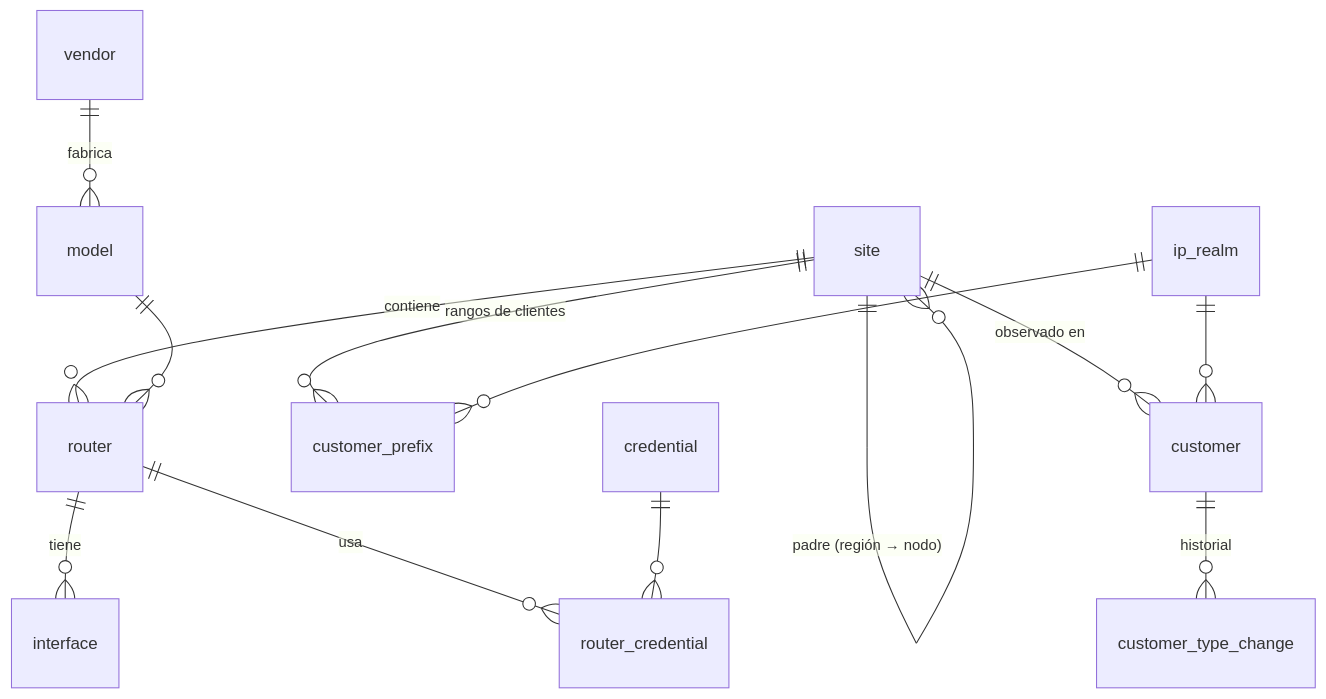
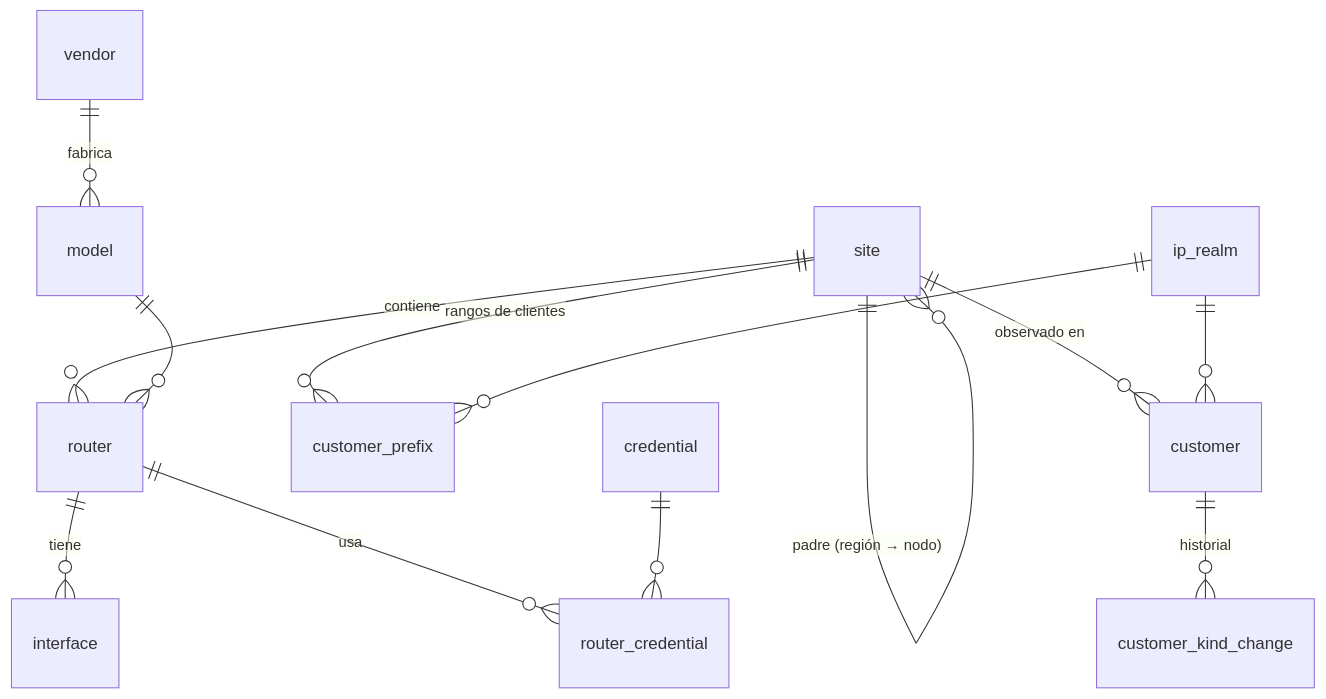
One commit to HCDestroyer/horus-flow changed the second of 4 diagrams in docs/database.md. Above: the diagram before and after it, drawn with Mermaid. The commit also changed other lines of this file and 14 other files, not shown here.

````diff
--- a/docs/database.md
+++ b/docs/database.md
@@ -204,15 +204,15 @@
 ```mermaid
 erDiagram
   site ||--o{ site : "padre (región → nodo)"
   site ||--o{ router : contiene
   site ||--o{ customer_prefix : "rangos de clientes"
   site ||--o{ customer : "observado en"
   vendor ||--o{ model : fabrica
   model ||--o{ router : ""
   router ||--o{ interface : tiene
   router ||--o{ router_credential : usa
   credential ||--o{ router_credential : ""
   ip_realm ||--o{ customer_prefix : ""
   ip_realm ||--o{ customer : ""
-  customer ||--o{ customer_type_change : historial
+  customer ||--o{ customer_kind_change : historial
 ```
````
